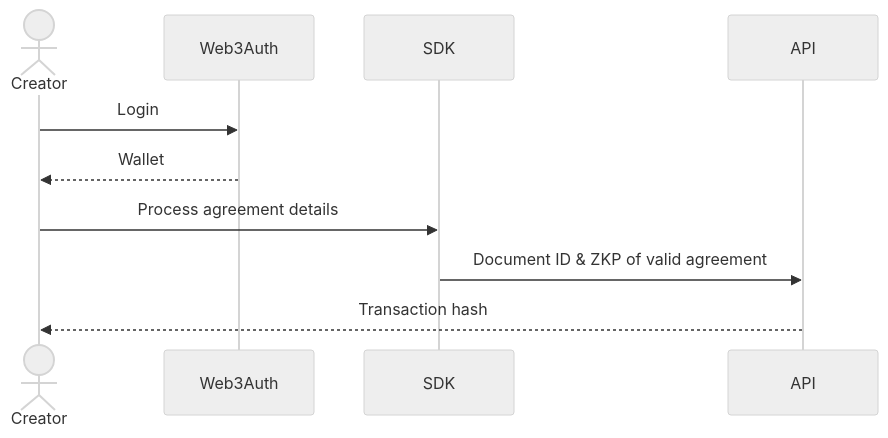
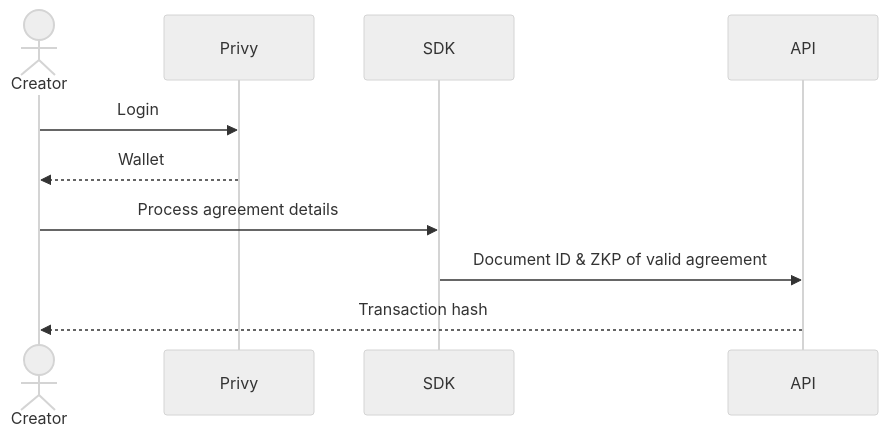
Before and after one commit to zksig/docs: the first of 2 diagrams in docs/agreement-creation/overview.md, drawn with Mermaid (neutral theme). The commit also changed 7 other files, not shown here.

````diff
--- a/docs/agreement-creation/overview.md
+++ b/docs/agreement-creation/overview.md
@@ -22,13 +22,13 @@
 ```mermaid
 sequenceDiagram
   actor Creator
-  participant Web3Auth
+  participant Privy
   participant SDK
   participant API
 
-  Creator ->> Web3Auth: Login
-  Web3Auth -->> Creator: Wallet
+  Creator ->> Privy: Login
+  Privy -->> Creator: Wallet
   Creator ->> SDK: Process agreement details
   SDK ->> API: Document ID & ZKP of valid agreement
   API -->> Creator: Transaction hash
 ```
````
